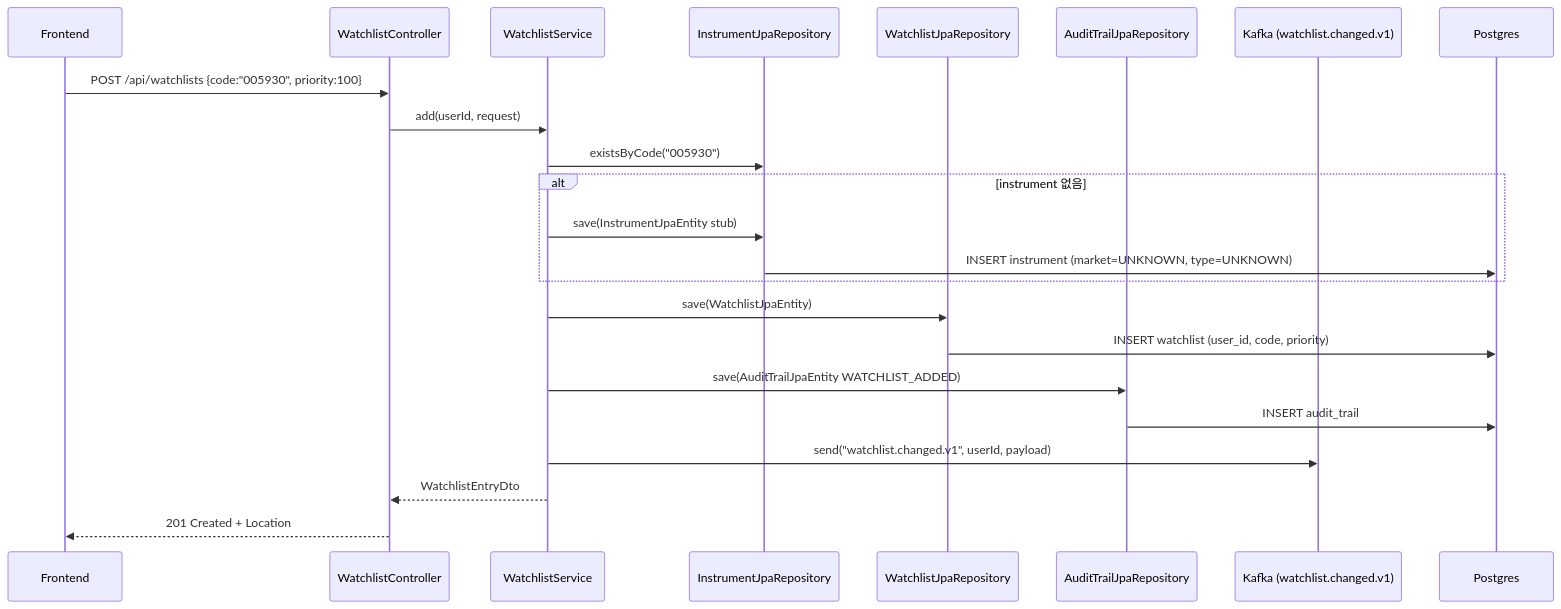
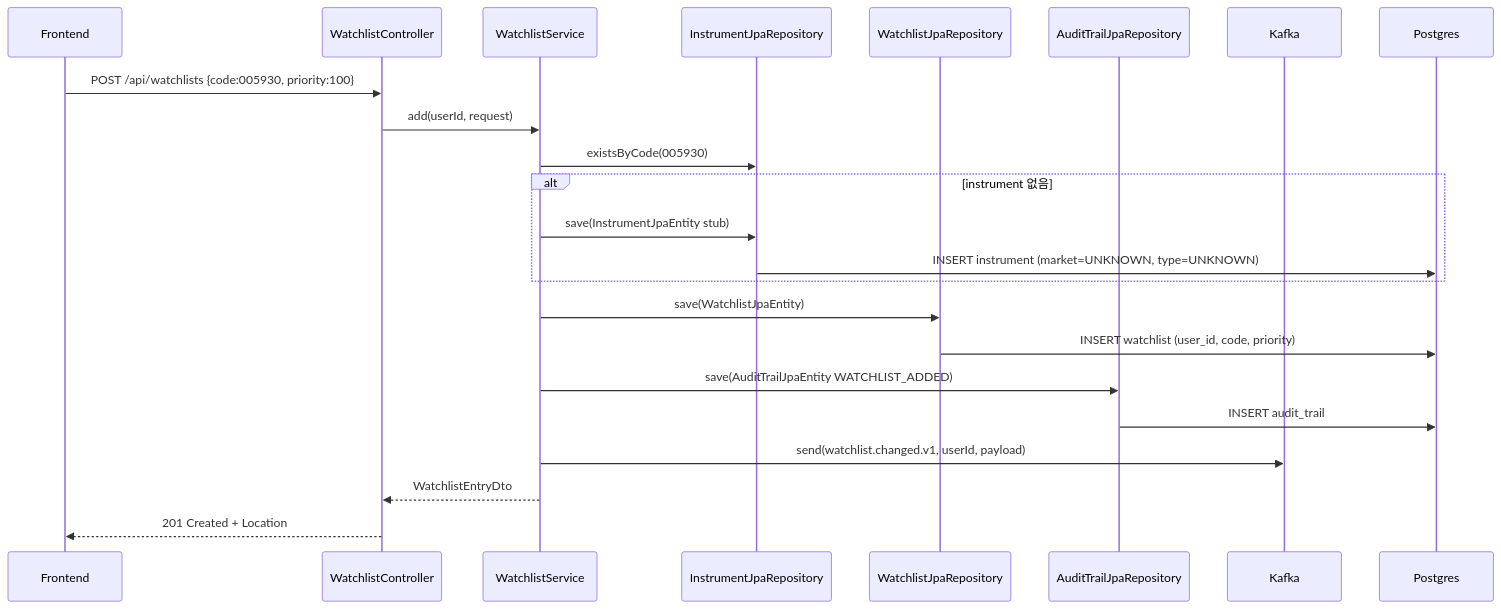
One commit to sp-daewoon/magicJar changed the first of 12 diagrams in _workspace/baseline/v3.1.0/02-data-flow.md. Above: the diagram before and after it, drawn with Mermaid. The commit also changed other lines of this file and 9 other files, not shown here.

First line of the commit message:
fix(baseline+script): Mermaid 10 syntax error 일괄 정정

````diff
--- a/_workspace/baseline/v3.1.0/02-data-flow.md
+++ b/_workspace/baseline/v3.1.0/02-data-flow.md
@@ -39,26 +39,26 @@
 ```mermaid
 sequenceDiagram
     participant FE as Frontend
     participant CTRL as WatchlistController
     participant SVC as WatchlistService
     participant INSTR as InstrumentJpaRepository
     participant WL as WatchlistJpaRepository
     participant AUDIT as AuditTrailJpaRepository
-    participant KAFKA as Kafka (watchlist.changed.v1)
+    participant KAFKA as Kafka
     participant PG as Postgres
 
-    FE->>CTRL: POST /api/watchlists {code:"005930", priority:100}
+    FE->>CTRL: POST /api/watchlists {code:005930, priority:100}
     CTRL->>SVC: add(userId, request)
-    SVC->>INSTR: existsByCode("005930")
+    SVC->>INSTR: existsByCode(005930)
     alt instrument 없음
         SVC->>INSTR: save(InstrumentJpaEntity stub)
         INSTR->>PG: INSERT instrument (market=UNKNOWN, type=UNKNOWN)
     end
     SVC->>WL: save(WatchlistJpaEntity)
     WL->>PG: INSERT watchlist (user_id, code, priority)
     SVC->>AUDIT: save(AuditTrailJpaEntity WATCHLIST_ADDED)
     AUDIT->>PG: INSERT audit_trail
-    SVC->>KAFKA: send("watchlist.changed.v1", userId, payload)
+    SVC->>KAFKA: send(watchlist.changed.v1, userId, payload)
     SVC-->>CTRL: WatchlistEntryDto
     CTRL-->>FE: 201 Created + Location
 ```
````
